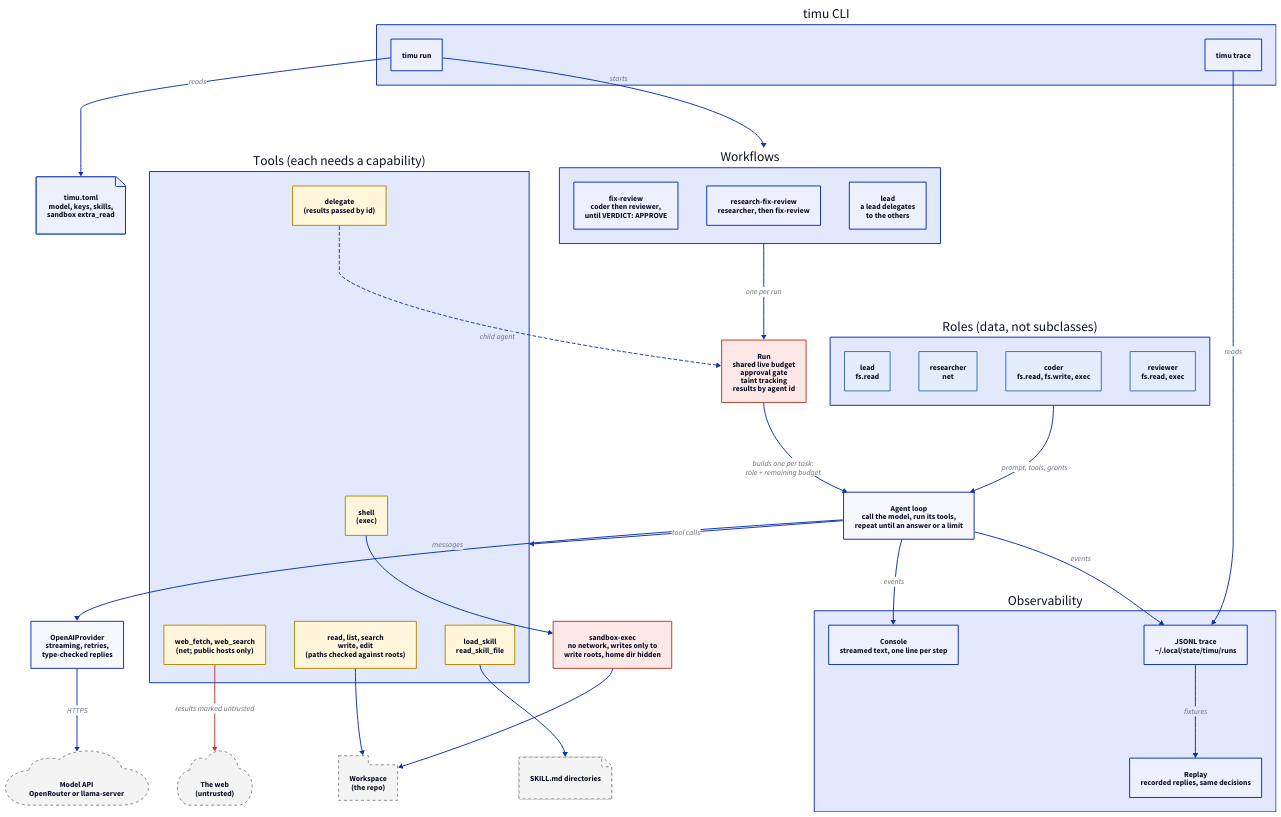
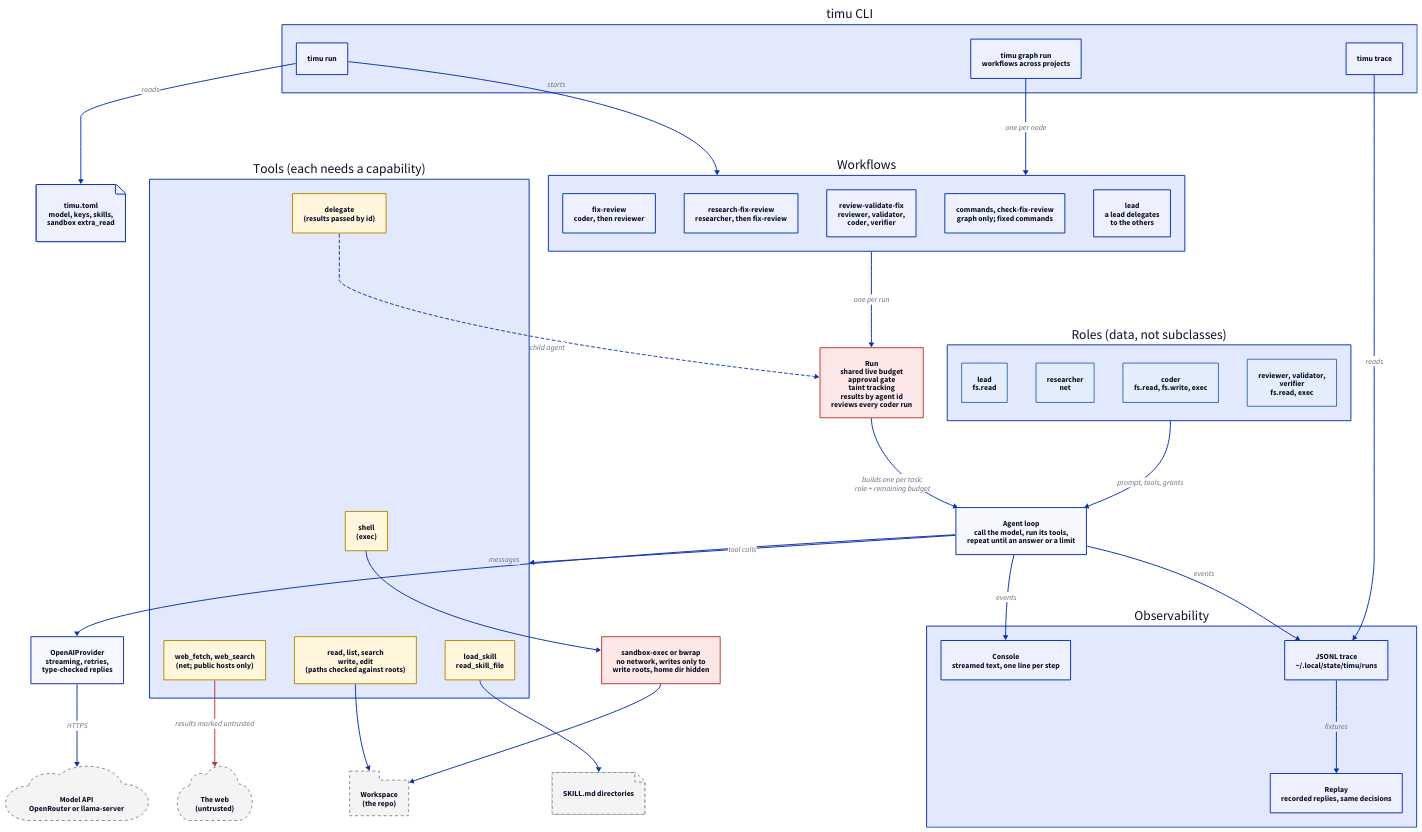
The diagram in docs/media/architecture.d2 (shakfu/timu), drawn with D2 before and after one commit. The commit also changed 30 other files, not shown here.

```diff
--- a/docs/media/architecture.d2
+++ b/docs/media/architecture.d2
@@ -1,121 +1,125 @@
 # timu architecture. Regenerate the SVG with `make diagrams`.
 
 classes: {
   external: {
     style: {
       fill: "#f4f4f4"
       stroke: "#8a8a8a"
       stroke-dash: 3
     }
   }
   role: {
     style: {
       fill: "#e3edfb"
       stroke: "#3b6fb6"
     }
   }
   tool: {
     style: {
       fill: "#fff6db"
       stroke: "#b58900"
     }
   }
   guard: {
     style: {
       fill: "#fde8e7"
       stroke: "#c0392b"
       stroke-width: 2
     }
   }
 }
 
 cli: "timu CLI" {
   run: "timu run"
+  graph: "timu graph run\nworkflows across projects"
   trace: "timu trace"
 }
 
 config: "timu.toml\nmodel, keys, skills,\nsandbox extra_read" {
   shape: page
 }
 
 workflows: "Workflows" {
-  fix: "fix-review\ncoder then reviewer,\nuntil VERDICT: APPROVE"
+  fix: "fix-review\ncoder, then reviewer"
   research: "research-fix-review\nresearcher, then fix-review"
+  rvf: "review-validate-fix\nreviewer, validator,\ncoder, verifier"
+  checks: "commands, check-fix-review\ngraph only; fixed commands"
   lead: "lead\na lead delegates\nto the others"
 }
 
-run: "Run\nshared live budget\napproval gate\ntaint tracking\nresults by agent id" {
+run: "Run\nshared live budget\napproval gate\ntaint tracking\nresults by agent id\nreviews every coder run" {
   class: guard
 }
 
 roles: "Roles (data, not subclasses)" {
   lead: "lead\nfs.read" {class: role}
   researcher: "researcher\nnet" {class: role}
   coder: "coder\nfs.read, fs.write, exec" {class: role}
-  reviewer: "reviewer\nfs.read, exec" {class: role}
+  reviewer: "reviewer, validator,\nverifier\nfs.read, exec" {class: role}
 }
 
 agent: "Agent loop\ncall the model, run its tools,\nrepeat until an answer or a limit"
 
 provider: "OpenAIProvider\nstreaming, retries,\ntype-checked replies"
 
 tools: "Tools (each needs a capability)" {
   fs: "read, list, search\nwrite, edit\n(paths checked against roots)" {class: tool}
   shell: "shell\n(exec)" {class: tool}
   web: "web_fetch, web_search\n(net; public hosts only)" {class: tool}
   skill: "load_skill\nread_skill_file" {class: tool}
   delegate: "delegate\n(results passed by id)" {class: tool}
 }
 
-sandbox: "sandbox-exec\nno network, writes only to\nwrite roots, home dir hidden" {
+sandbox: "sandbox-exec or bwrap\nno network, writes only to\nwrite roots, home dir hidden" {
   class: guard
 }
 
 model: "Model API\nOpenRouter or llama-server" {
   class: external
   shape: cloud
 }
 
 internet: "The web\n(untrusted)" {
   class: external
   shape: cloud
 }
 
 workspace: "Workspace\n(the repo)" {
   class: external
   shape: package
 }
 
 skills: "SKILL.md directories" {
   class: external
   shape: page
 }
 
 observe: "Observability" {
   console: "Console\nstreamed text, one line per step"
   jsonl: "JSONL trace\n~/.local/state/timu/runs"
   replay: "Replay\nrecorded replies, same decisions"
 }
 
 cli.run -> config: reads
 cli.run -> workflows: starts
+cli.graph -> workflows: "one per node"
 workflows -> run: one per run
 run -> agent: "builds one per task:\nrole + remaining budget"
 roles -> agent: "prompt, tools, grants"
 agent -> provider: messages
 provider -> model: HTTPS
 agent -> tools: tool calls
 tools.delegate -> run: "child agent" {
   style.stroke-dash: 3
 }
 tools.fs -> workspace
 tools.shell -> sandbox
 sandbox -> workspace
 tools.web -> internet: "results marked untrusted" {
   style.stroke: "#c0392b"
 }
 tools.skill -> skills
 agent -> observe.console: events
 agent -> observe.jsonl: events
 cli.trace -> observe.jsonl: reads
 observe.jsonl -> observe.replay: fixtures
```
